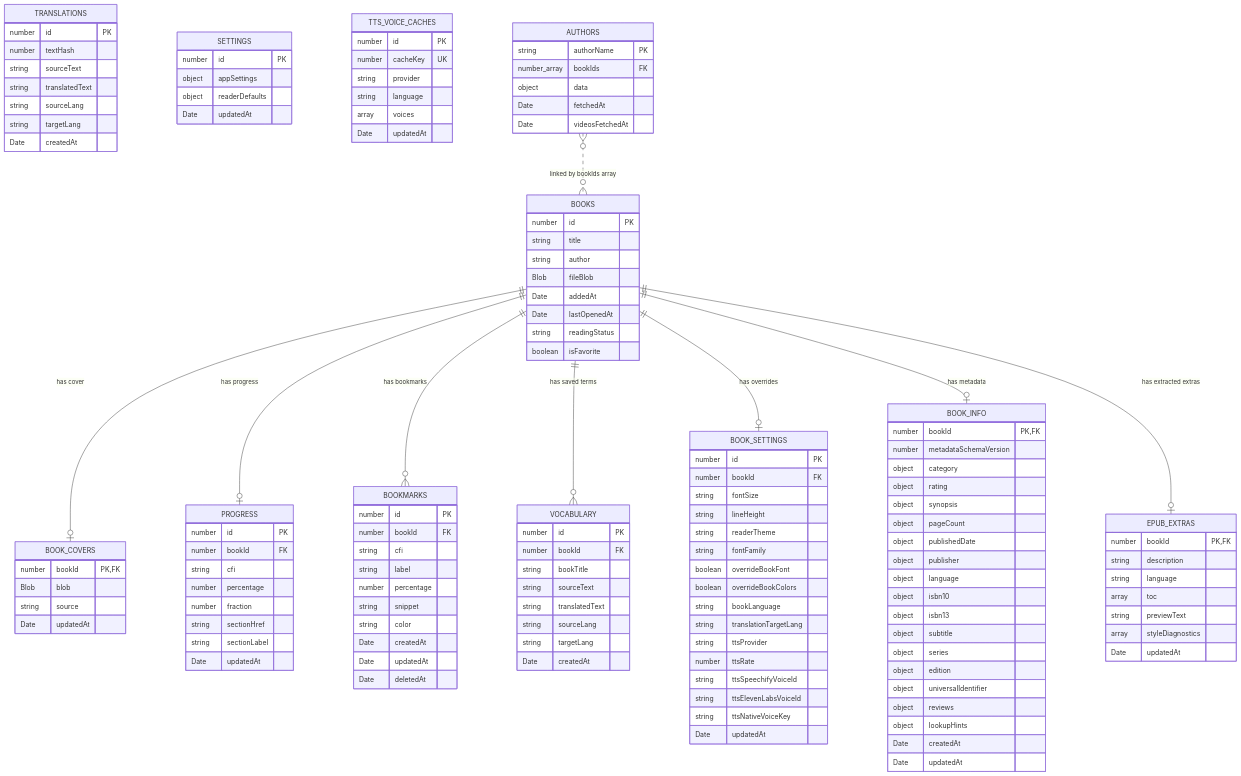
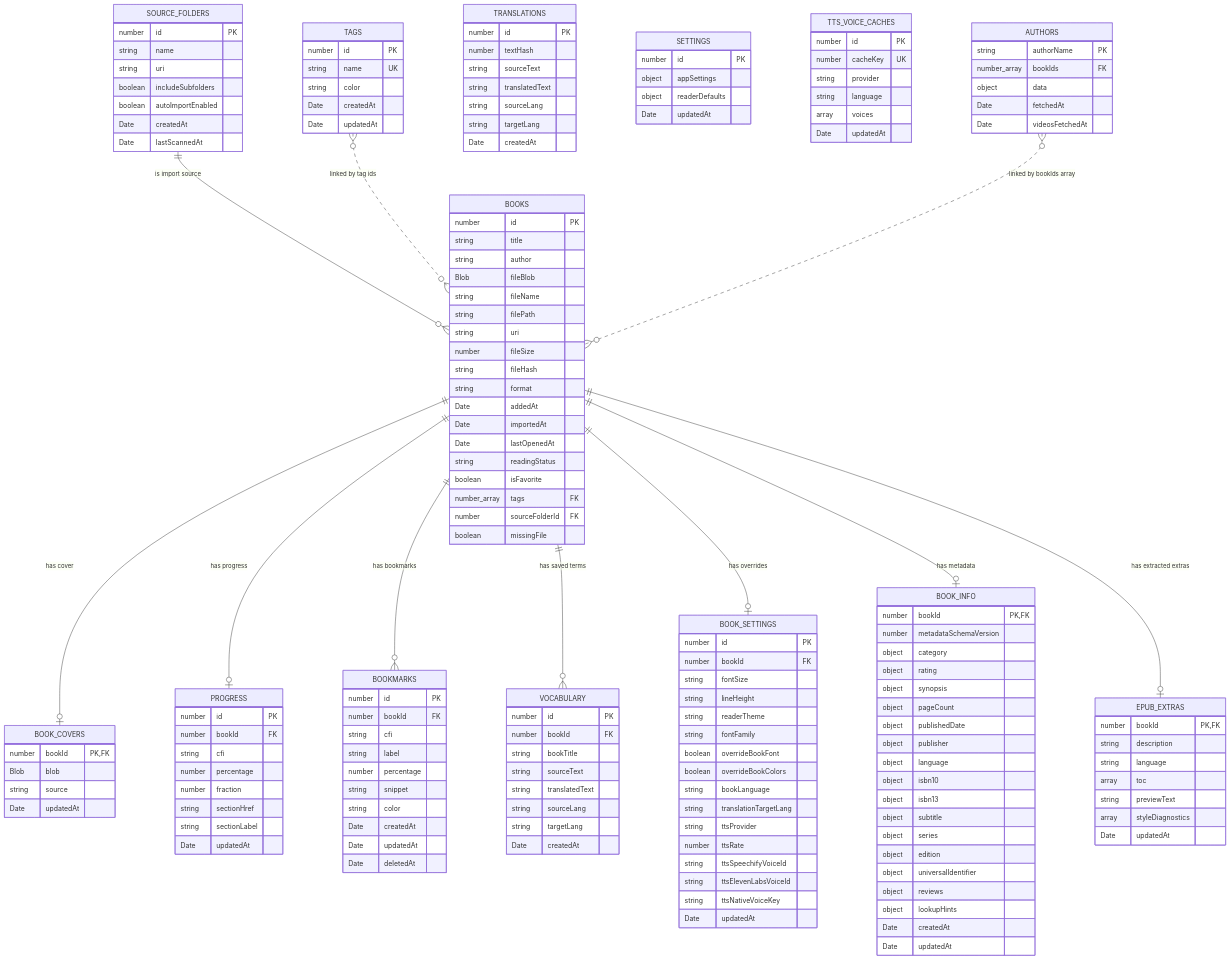
One commit to johnosd/NeoReader changed the diagram in docs/persistence-audit.md. Above: the diagram before and after it, drawn with Mermaid. The commit also changed other lines of this file and 23 other files, not shown here.

```diff
--- a/docs/persistence-audit.md
+++ b/docs/persistence-audit.md
@@ -28,10 +30,38 @@
     string title
     string author
     Blob fileBlob
+    string fileName
+    string filePath
+    string uri
+    number fileSize
+    string fileHash
+    string format
     Date addedAt
+    Date importedAt
     Date lastOpenedAt
     string readingStatus
     boolean isFavorite
+    number_array tags FK
+    number sourceFolderId FK
+    boolean missingFile
+  }
+
+  TAGS {
+    number id PK
+    string name UK
+    string color
+    Date createdAt
+    Date updatedAt
+  }
+
+  SOURCE_FOLDERS {
+    number id PK
+    string name
+    string uri
+    boolean includeSubfolders
+    boolean autoImportEnabled
+    Date createdAt
+    Date lastScannedAt
   }
 
   BOOK_COVERS {
@@ -162,6 +192,8 @@
   }
 
   BOOKS ||--o| BOOK_COVERS : "has cover"
+  SOURCE_FOLDERS ||--o{ BOOKS : "is import source"
+  TAGS }o..o{ BOOKS : "linked by tag ids"
   BOOKS ||--o| PROGRESS : "has progress"
   BOOKS ||--o{ BOOKMARKS : "has bookmarks"
   BOOKS ||--o{ VOCABULARY : "has saved terms"
```
